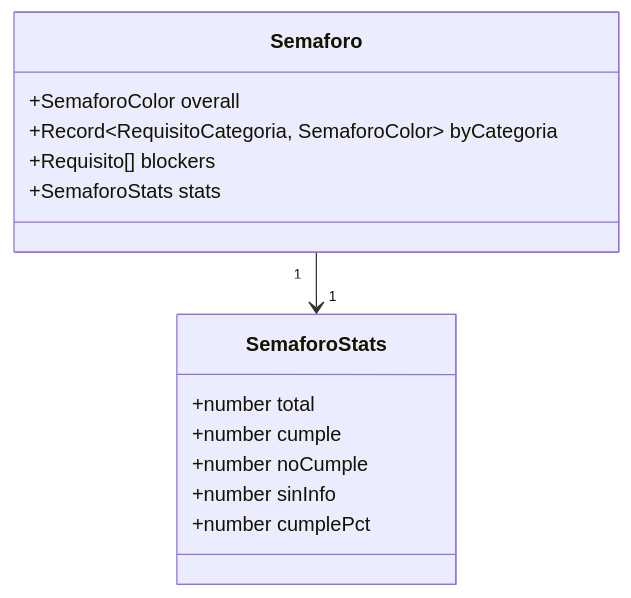
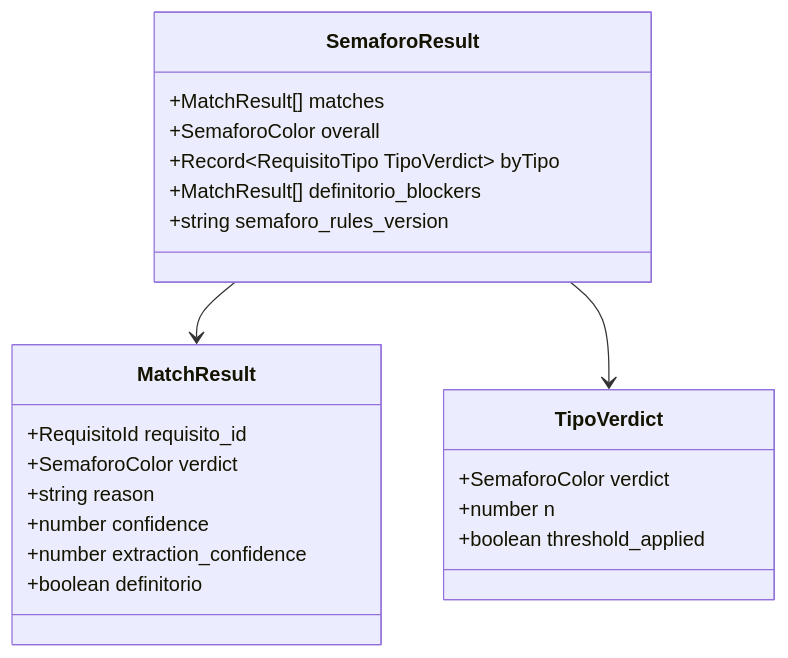
One commit to agentezai/coltratos changed the second of 3 diagrams in docs/semaforo-aggregation/feat/00-overview.md. Above: the diagram before and after it, drawn with Mermaid. The commit also changed other lines of this file and 18 other files, not shown here.

First line of the commit message:
docs(semaforo-aggregation): rev 2 — matching + aggregation pipeline, per-tipo rules, confidence formulas

````diff
--- a/docs/semaforo-aggregation/feat/00-overview.md
+++ b/docs/semaforo-aggregation/feat/00-overview.md
@@ -76,19 +54,25 @@
 ```mermaid
 classDiagram
-    class Semaforo {
+    class SemaforoResult {
+        +MatchResult[] matches
         +SemaforoColor overall
-        +Record~RequisitoCategoria, SemaforoColor~ byCategoria
-        +Requisito[] blockers
-        +SemaforoStats stats
+        +Record~RequisitoTipo TipoVerdict~ byTipo
+        +MatchResult[] definitorio_blockers
+        +string semaforo_rules_version
     }
-
-    class SemaforoStats {
-        +number total
-        +number cumple
-        +number noCumple
-        +number sinInfo
-        +number cumplePct
+    class MatchResult {
+        +RequisitoId requisito_id
+        +SemaforoColor verdict
+        +string reason
+        +number confidence
+        +number extraction_confidence
+        +boolean definitorio
     }
-
-    Semaforo "1" --> "1" SemaforoStats
+    class TipoVerdict {
+        +SemaforoColor verdict
+        +number n
+        +boolean threshold_applied
+    }
+    SemaforoResult --> MatchResult
+    SemaforoResult --> TipoVerdict
 ```
````
